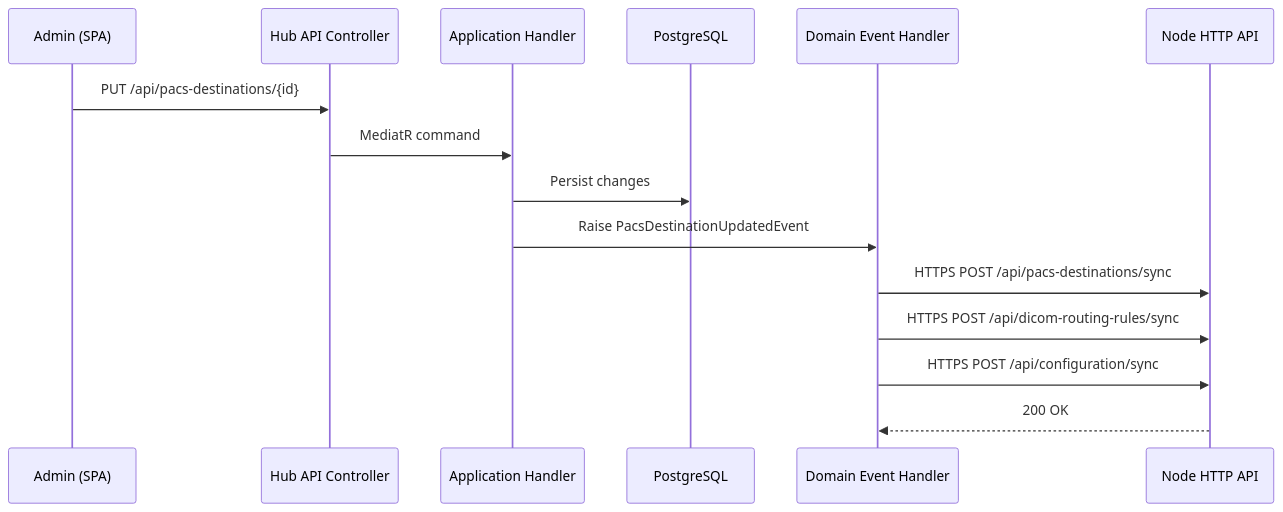
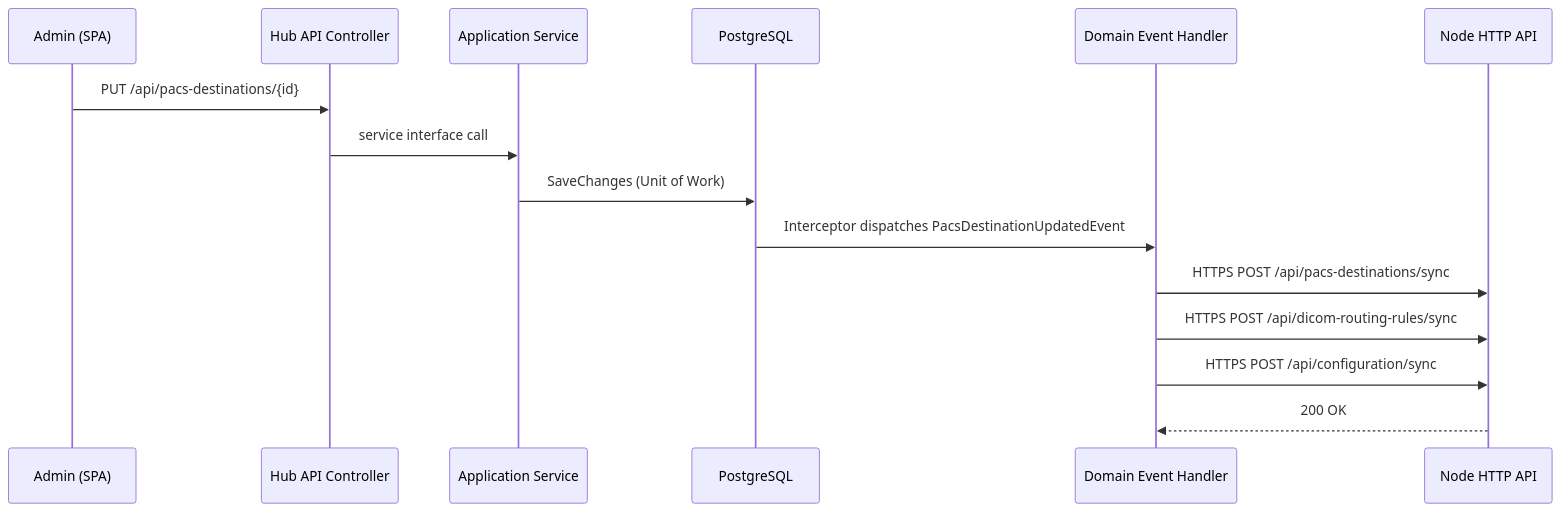
One commit to UrielAvilaC/EdgeGuard.Platform changed the third of 4 diagrams in EdgeGuard.Platform/docs/03-architecture/hub-overview.md. Above: the diagram before and after it, drawn with Mermaid. The commit also changed other lines of this file and 63 other files, not shown here.

````diff
--- a/EdgeGuard.Platform/docs/03-architecture/hub-overview.md
+++ b/EdgeGuard.Platform/docs/03-architecture/hub-overview.md
@@ -97,18 +97,18 @@
 ```mermaid
 sequenceDiagram
     participant Admin as Admin (SPA)
     participant API as Hub API Controller
-    participant Handler as Application Handler
+    participant Service as Application Service
     participant DB as PostgreSQL
     participant EvtHandler as Domain Event Handler
     participant Node as Node HTTP API
 
     Admin->>API: PUT /api/pacs-destinations/{id}
-    API->>Handler: MediatR command
-    Handler->>DB: Persist changes
-    Handler->>EvtHandler: Raise PacsDestinationUpdatedEvent
+    API->>Service: service interface call
+    Service->>DB: SaveChanges (Unit of Work)
+    DB->>EvtHandler: Interceptor dispatches PacsDestinationUpdatedEvent
     EvtHandler->>Node: HTTPS POST /api/pacs-destinations/sync
     EvtHandler->>Node: HTTPS POST /api/dicom-routing-rules/sync
     EvtHandler->>Node: HTTPS POST /api/configuration/sync
     Node-->>EvtHandler: 200 OK
 ```
````
